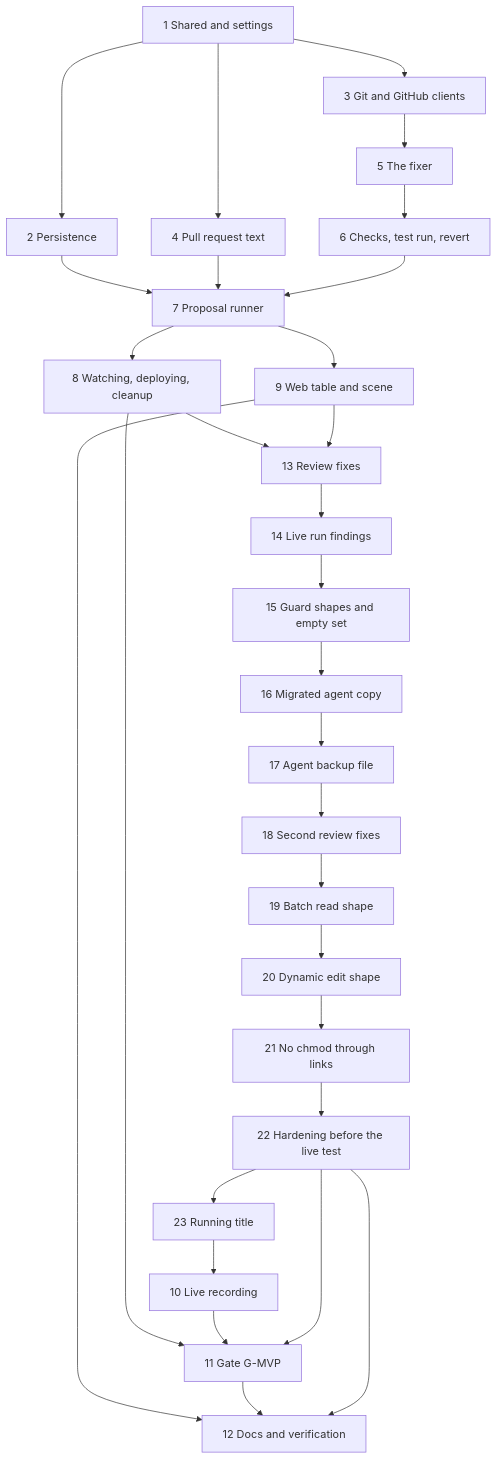
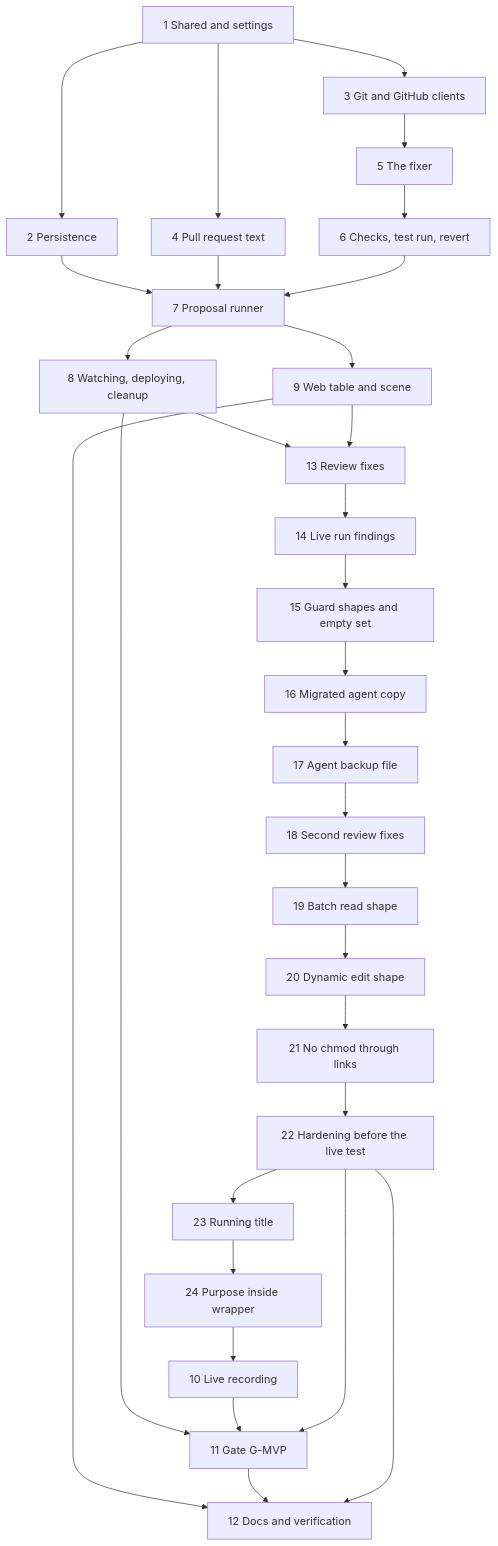
Before and after one commit to Akar-Samudra-Artifisial/Haunted-Ops: the diagram in .kiro/specs/fix-proposal-flow/tasks.md, drawn with Mermaid. The commit also changed other lines of this file and 30 other files, not shown here.

````diff
--- a/.kiro/specs/fix-proposal-flow/tasks.md
+++ b/.kiro/specs/fix-proposal-flow/tasks.md
@@ -310,32 +313,33 @@
 ```mermaid
 graph TD
   T1[1 Shared and settings] --> T2[2 Persistence]
   T1 --> T3[3 Git and GitHub clients]
   T1 --> T4[4 Pull request text]
   T3 --> T5[5 The fixer]
   T5 --> T6[6 Checks, test run, revert]
   T2 --> T7[7 Proposal runner]
   T4 --> T7
   T6 --> T7
   T7 --> T8[8 Watching, deploying, cleanup]
   T7 --> T9[9 Web table and scene]
   T8 --> T13[13 Review fixes]
   T9 --> T13
   T13 --> T14[14 Live run findings]
   T14 --> T15[15 Guard shapes and empty set]
   T15 --> T16[16 Migrated agent copy]
   T16 --> T17[17 Agent backup file]
   T17 --> T18[18 Second review fixes]
   T18 --> T19[19 Batch read shape]
   T19 --> T20[20 Dynamic edit shape]
   T20 --> T21[21 No chmod through links]
   T21 --> T22[22 Hardening before the live test]
   T22 --> T23[23 Running title]
-  T23 --> T10[10 Live recording]
+  T23 --> T24[24 Purpose inside wrapper]
+  T24 --> T10[10 Live recording]
   T8 --> T11[11 Gate G-MVP]
   T10 --> T11
   T22 --> T11
   T9 --> T12[12 Docs and verification]
   T11 --> T12
   T22 --> T12
 ```
````
